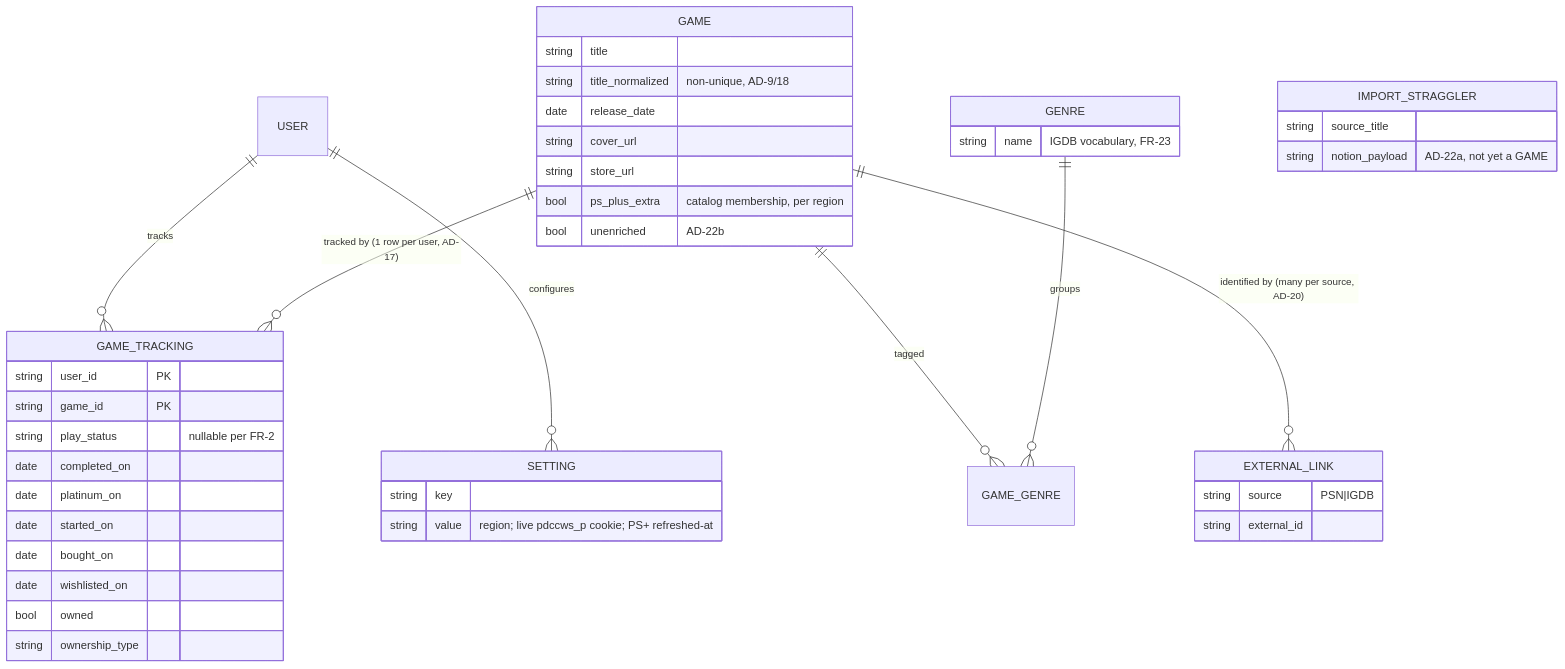
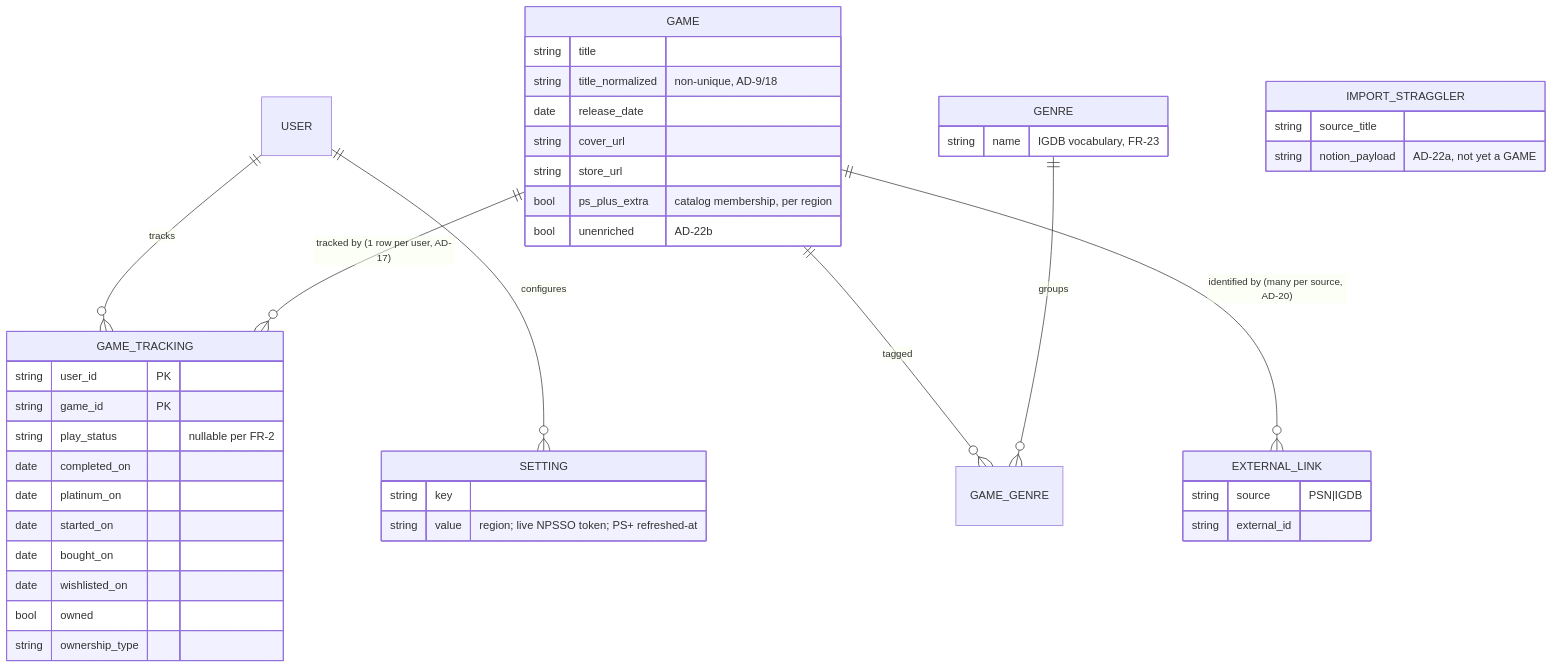
Before and after one commit to l-filice89/press-start: the third of 4 diagrams in _bmad-output/planning-artifacts/architecture/architecture-ps-game-catalog-2026-07-05/ARCHITECTURE-SPINE.md, drawn with Mermaid. The commit also changed other lines of this file and 37 other files, not shown here.

````diff
--- a/_bmad-output/planning-artifacts/architecture/architecture-ps-game-catalog-2026-07-05/ARCHITECTURE-SPINE.md
+++ b/_bmad-output/planning-artifacts/architecture/architecture-ps-game-catalog-2026-07-05/ARCHITECTURE-SPINE.md
@@ -252,16 +252,16 @@
 ```mermaid
 erDiagram
   USER ||--o{ GAME_TRACKING : tracks
   GAME ||--o{ GAME_TRACKING : "tracked by (1 row per user, AD-17)"
   GAME ||--o{ GAME_GENRE : tagged
   GENRE ||--o{ GAME_GENRE : groups
   GAME ||--o{ EXTERNAL_LINK : "identified by (many per source, AD-20)"
   USER ||--o{ SETTING : configures
 
   GAME { string title string title_normalized "non-unique, AD-9/18" date release_date string cover_url string store_url bool ps_plus_extra "catalog membership, per region" bool unenriched "AD-22b" }
   GAME_TRACKING { string user_id PK string game_id PK string play_status "nullable per FR-2" date completed_on date platinum_on date started_on date bought_on date wishlisted_on bool owned string ownership_type }
   GENRE { string name "IGDB vocabulary, FR-23" }
   EXTERNAL_LINK { string source "PSN|IGDB" string external_id }
   IMPORT_STRAGGLER { string source_title string notion_payload "AD-22a, not yet a GAME" }
-  SETTING { string key string value "region; live pdccws_p cookie; PS+ refreshed-at" }
+  SETTING { string key string value "region; live NPSSO token; PS+ refreshed-at" }
 ```
````
